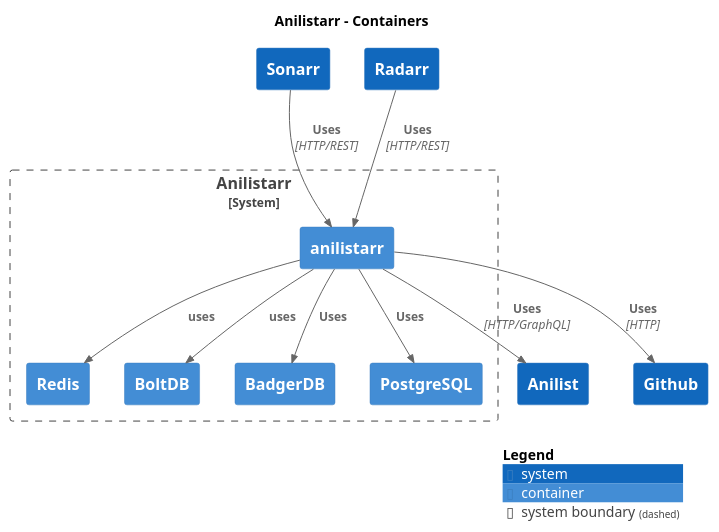
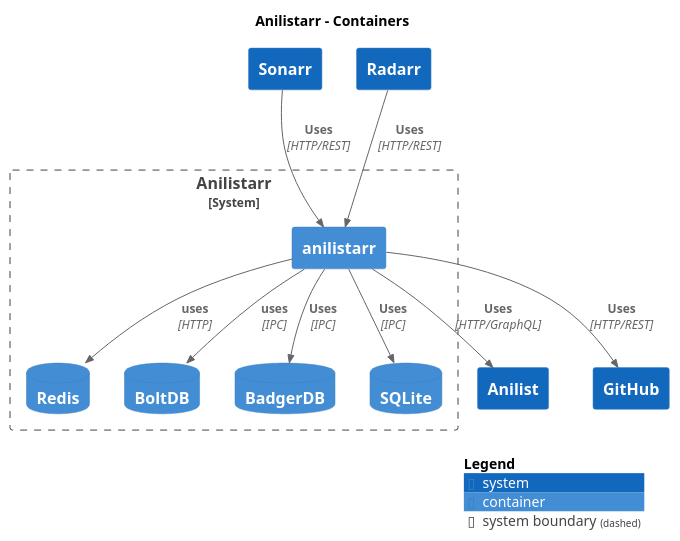
Before and after one commit to wwmoraes/anilistarr: the diagram in docs/structurizr-Container-002.puml, drawn with PlantUML. The commit also changed 151 other files, not shown here.

```diff
--- a/docs/structurizr-Container-002.puml
+++ b/docs/structurizr-Container-002.puml
@@ -1,34 +1,34 @@
 @startuml
 set separator none
 title Anilistarr - Containers
 
 top to bottom direction
 
 !include <C4/C4>
 !include <C4/C4_Context>
 !include <C4/C4_Container>
 
 System(Anilist, "Anilist", $descr="", $tags="", $link="")
-System(Github, "Github", $descr="", $tags="", $link="")
+System(GitHub, "GitHub", $descr="", $tags="", $link="")
 System(Sonarr, "Sonarr", $descr="", $tags="", $link="")
 System(Radarr, "Radarr", $descr="", $tags="", $link="")
 
 System_Boundary("Anilistarr_boundary", "Anilistarr", $tags="") {
   Container(Anilistarr.anilistarr, "anilistarr", $techn="", $descr="", $tags="", $link="")
-  Container(Anilistarr.Redis, "Redis", $techn="", $descr="", $tags="", $link="")
-  Container(Anilistarr.BoltDB, "BoltDB", $techn="", $descr="", $tags="", $link="")
-  Container(Anilistarr.BadgerDB, "BadgerDB", $techn="", $descr="", $tags="", $link="")
-  Container(Anilistarr.PostgreSQL, "PostgreSQL", $techn="", $descr="", $tags="", $link="")
+  ContainerDb(Anilistarr.Redis, "Redis", $techn="", $descr="", $tags="", $link="")
+  ContainerDb(Anilistarr.BoltDB, "BoltDB", $techn="", $descr="", $tags="", $link="")
+  ContainerDb(Anilistarr.BadgerDB, "BadgerDB", $techn="", $descr="", $tags="", $link="")
+  ContainerDb(Anilistarr.SQLite, "SQLite", $techn="", $descr="", $tags="", $link="")
 }
 
 Rel(Anilistarr.anilistarr, Anilist, "Uses", $techn="HTTP/GraphQL", $tags="", $link="")
-Rel(Anilistarr.anilistarr, Anilistarr.Redis, "uses", $techn="", $tags="", $link="")
-Rel(Anilistarr.anilistarr, Anilistarr.BoltDB, "uses", $techn="", $tags="", $link="")
-Rel(Anilistarr.anilistarr, Anilistarr.BadgerDB, "Uses", $techn="", $tags="", $link="")
-Rel(Anilistarr.anilistarr, Anilistarr.PostgreSQL, "Uses", $techn="", $tags="", $link="")
-Rel(Anilistarr.anilistarr, Github, "Uses", $techn="HTTP", $tags="", $link="")
+Rel(Anilistarr.anilistarr, Anilistarr.BadgerDB, "Uses", $techn="IPC", $tags="", $link="")
+Rel(Anilistarr.anilistarr, Anilistarr.BoltDB, "uses", $techn="IPC", $tags="", $link="")
+Rel(Anilistarr.anilistarr, Anilistarr.Redis, "uses", $techn="HTTP", $tags="", $link="")
+Rel(Anilistarr.anilistarr, Anilistarr.SQLite, "Uses", $techn="IPC", $tags="", $link="")
+Rel(Anilistarr.anilistarr, GitHub, "Uses", $techn="HTTP/REST", $tags="", $link="")
 Rel(Sonarr, Anilistarr.anilistarr, "Uses", $techn="HTTP/REST", $tags="", $link="")
 Rel(Radarr, Anilistarr.anilistarr, "Uses", $techn="HTTP/REST", $tags="", $link="")
 
 SHOW_LEGEND(true)
 @enduml
```
